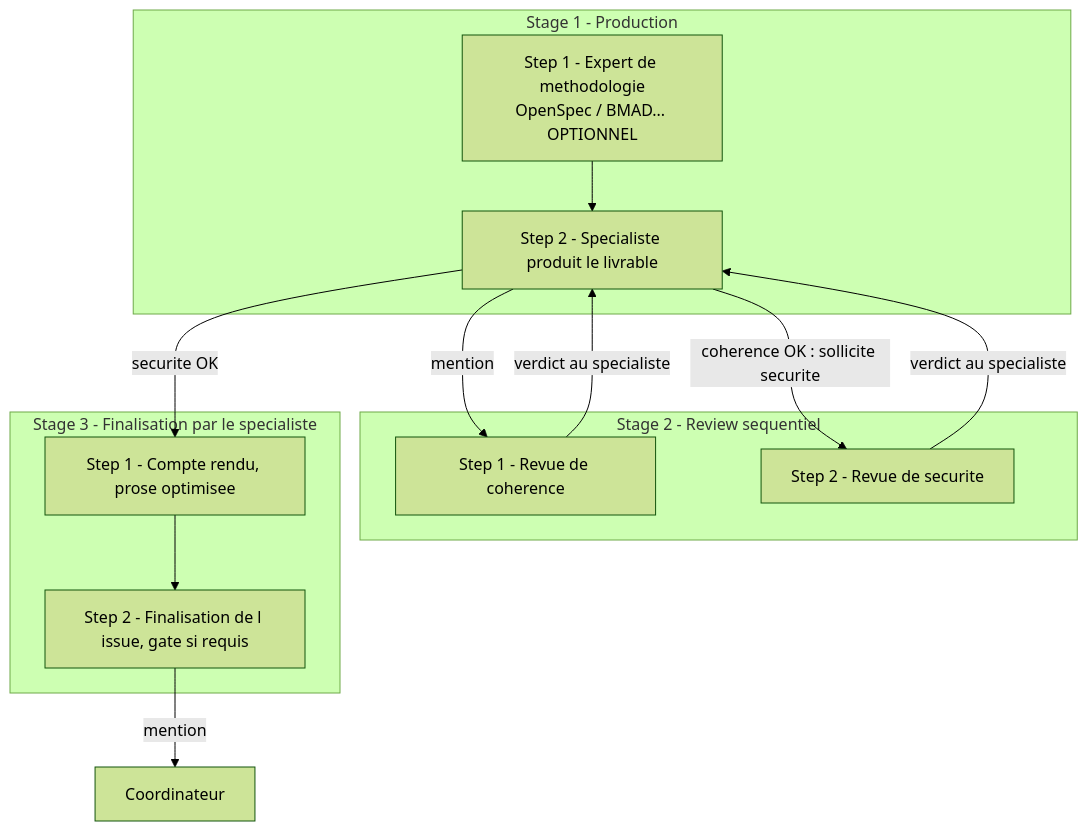
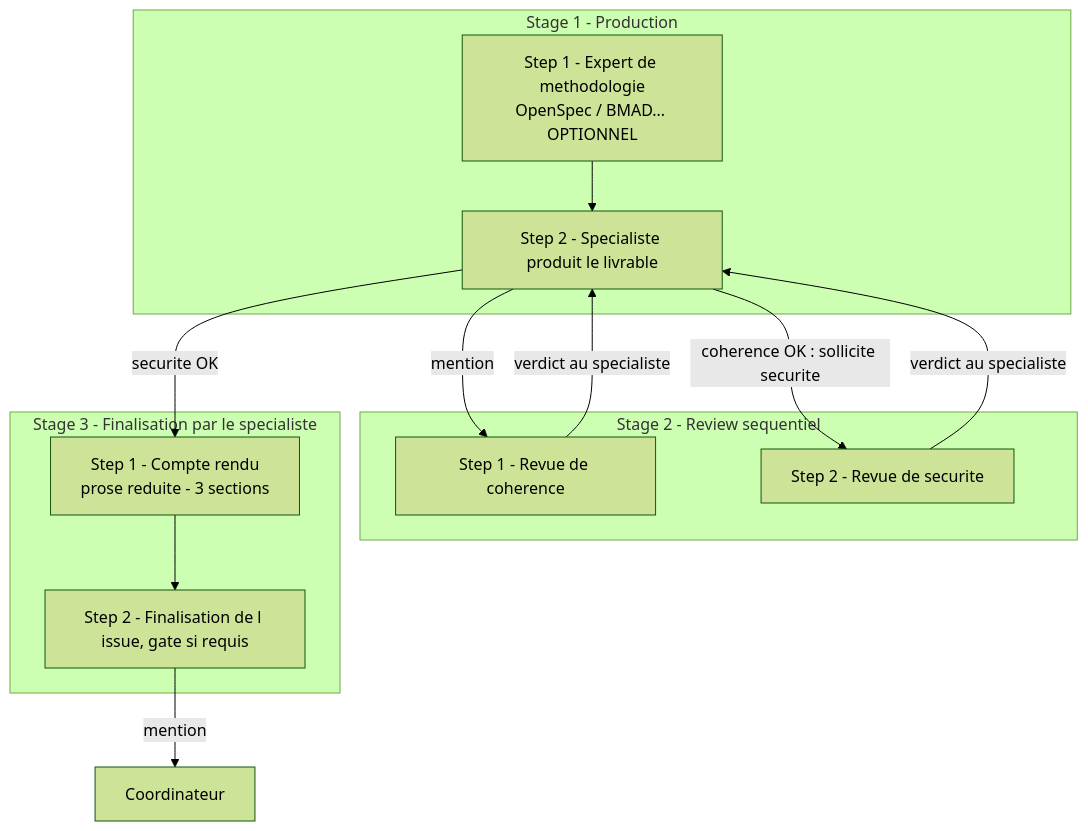
The first of 2 diagrams in core/common/protocols/stage-protocol.md (Gsyltc/homelab-portfolio), drawn with Mermaid (forest theme) before and after one commit. The commit also changed other lines of this file and 16 other files, not shown here.

````diff
--- a/core/common/protocols/stage-protocol.md
+++ b/core/common/protocols/stage-protocol.md
@@ -9,19 +9,19 @@
 ```mermaid
 flowchart TB
     subgraph S1[Stage 1 - Production]
       M[Step 1 - Expert de methodologie<br/>OpenSpec / BMAD... OPTIONNEL] --> SP[Step 2 - Specialiste produit le livrable]
     end
     subgraph S2[Stage 2 - Review sequentiel]
       RC[Step 1 - Revue de coherence]
       RS[Step 2 - Revue de securite]
     end
     subgraph S3[Stage 3 - Finalisation par le specialiste]
-      CR[Step 1 - Compte rendu, prose optimisee] --> FI[Step 2 - Finalisation de l issue, gate si requis]
+      CR[Step 1 - Compte rendu<br/>prose reduite - 3 sections] --> FI[Step 2 - Finalisation de l issue, gate si requis]
     end
     SP -->|mention| RC
     RC -->|verdict au specialiste| SP
     RS -->|verdict au specialiste| SP
     SP -->|coherence OK : sollicite securite| RS
     SP -->|securite OK| CR
     FI -->|mention| CO[Coordinateur]
 ```
````
